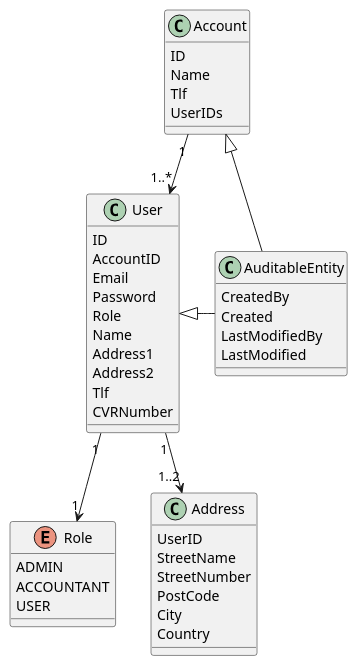
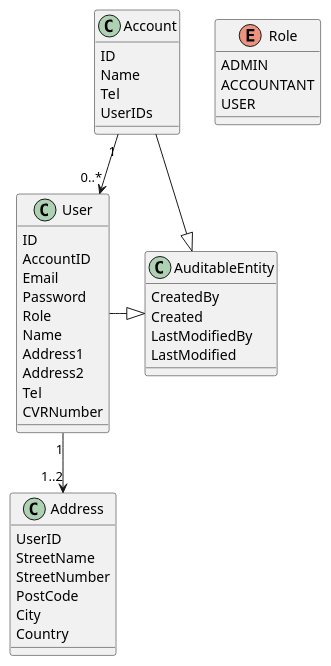
Before and after one commit to IT-Minds/client_dansk-gartneri_indberetning: the diagram in backend/Domain/Entities/EntityUml.wsd, drawn with PlantUML. The commit also changed 3 other files, not shown here.

Commit message:
Fix arrows and relations in uml. Move markdown file to docs folder.

```diff
--- a/backend/Domain/Entities/EntityUml.wsd
+++ b/backend/Domain/Entities/EntityUml.wsd
@@ -1,51 +1,50 @@
 @startuml
 
 class AuditableEntity {
   CreatedBy
   Created
   LastModifiedBy
   LastModified
 }
 
 class Account {
   ID
   Name
-  Tlf
+  Tel
   UserIDs
 }
 
 class User {
   ID
   AccountID
   Email
   Password
   Role
   Name
   Address1
   Address2
-  Tlf
+  Tel
   CVRNumber
 }
 
 enum Role {
   ADMIN
   ACCOUNTANT
   USER
 }
 
 class Address {
   UserID
   StreetName
   StreetNumber
   PostCode
   City
   Country
 }
 
-User <|- AuditableEntity
-Account <|- AuditableEntity
-Account "1"-->"1..*" User
-User "1"-->"1" Role
+User -|> AuditableEntity
+Account -|> AuditableEntity
+Account "1"-->"0..*" User
 User "1"-->"1..2" Address
 
 @enduml
```
